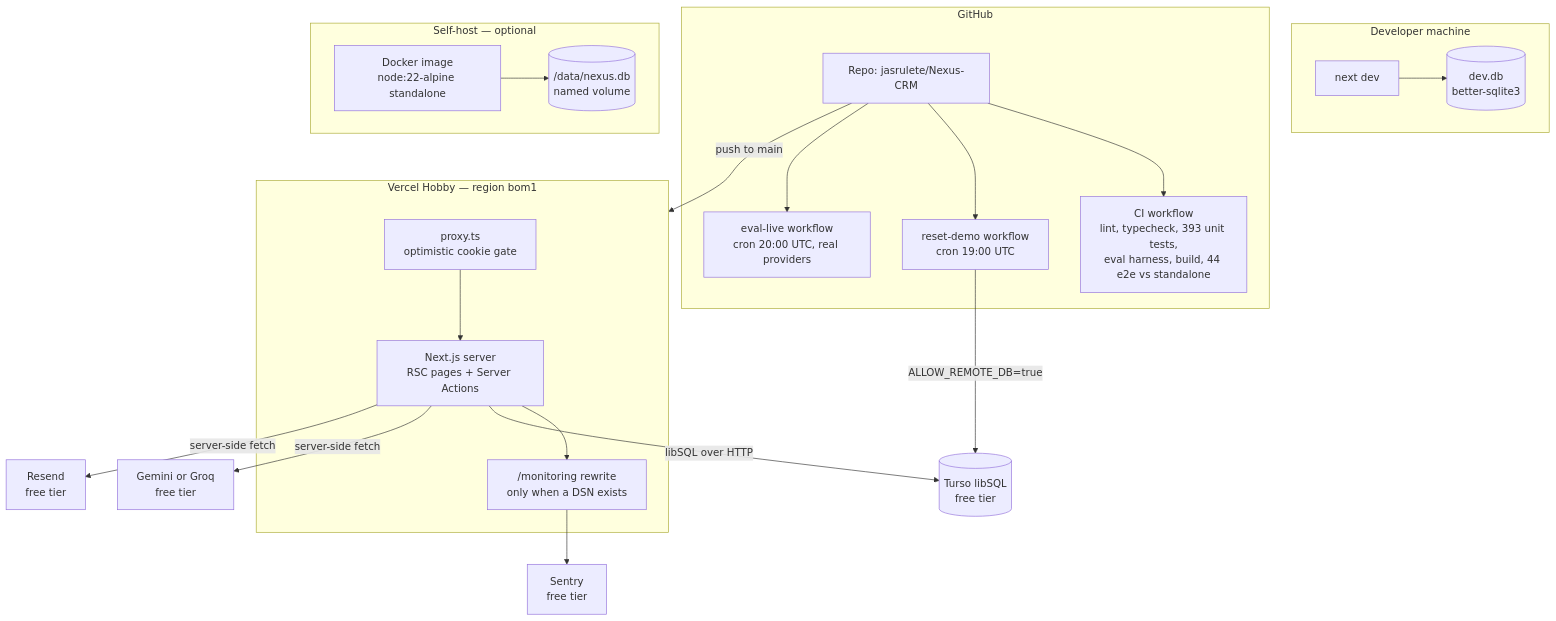
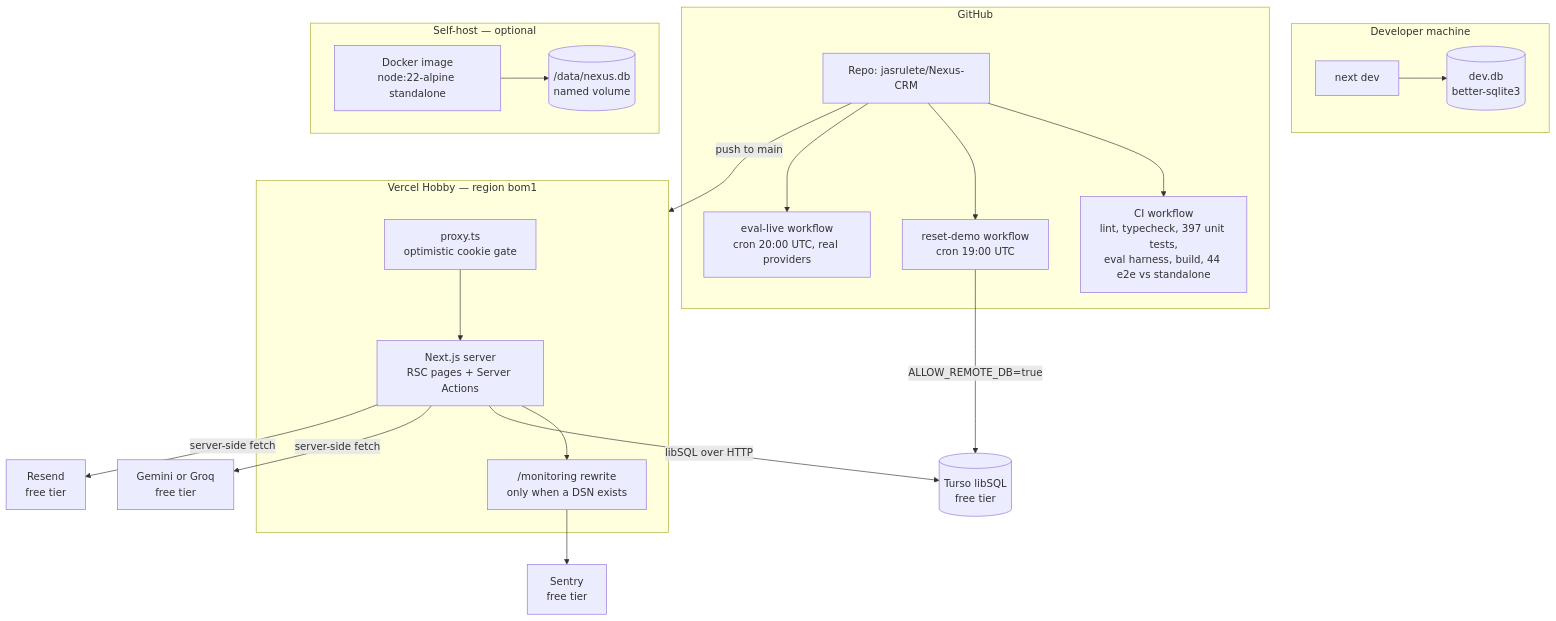
One commit to jasrulete/Nexus-CRM changed the first of 2 diagrams in docs/TECHNICAL-DESIGN.md. Above: the diagram before and after it, drawn with Mermaid. The commit also changed other lines of this file and 7 other files, not shown here.

````diff
--- a/docs/TECHNICAL-DESIGN.md
+++ b/docs/TECHNICAL-DESIGN.md
@@ -82,44 +82,44 @@
 ```mermaid
 flowchart TB
     subgraph dev["Developer machine"]
         NEXTDEV["next dev"]
         FILE[("dev.db<br/>better-sqlite3")]
         NEXTDEV --> FILE
     end
 
     subgraph gh["GitHub"]
         REPO["Repo: jasrulete/Nexus-CRM"]
-        CI["CI workflow<br/>lint, typecheck, 393 unit tests,<br/>eval harness, build, 44 e2e vs standalone"]
+        CI["CI workflow<br/>lint, typecheck, 397 unit tests,<br/>eval harness, build, 44 e2e vs standalone"]
         RESET["reset-demo workflow<br/>cron 19:00 UTC"]
         EVAL["eval-live workflow<br/>cron 20:00 UTC, real providers"]
         REPO --> CI
         REPO --> RESET
         REPO --> EVAL
     end
 
     subgraph vercel["Vercel Hobby — region bom1"]
         PROXY["proxy.ts<br/>optimistic cookie gate"]
         APP["Next.js server<br/>RSC pages + Server Actions"]
         TUNNEL["/monitoring rewrite<br/>only when a DSN exists"]
         PROXY --> APP
         APP --> TUNNEL
     end
 
     subgraph selfhost["Self-host — optional"]
         DOCKER["Docker image<br/>node:22-alpine standalone"]
         VOL[("/data/nexus.db<br/>named volume")]
         DOCKER --> VOL
     end
 
     TURSO[("Turso libSQL<br/>free tier")]
     AI["Gemini or Groq<br/>free tier"]
     RESEND["Resend<br/>free tier"]
     SENTRY["Sentry<br/>free tier"]
 
     REPO -- "push to main" --> vercel
     APP -- "libSQL over HTTP" --> TURSO
     RESET -- "ALLOW_REMOTE_DB=true" --> TURSO
     APP -- "server-side fetch" --> AI
     APP -- "server-side fetch" --> RESEND
     TUNNEL --> SENTRY
 ```
````
